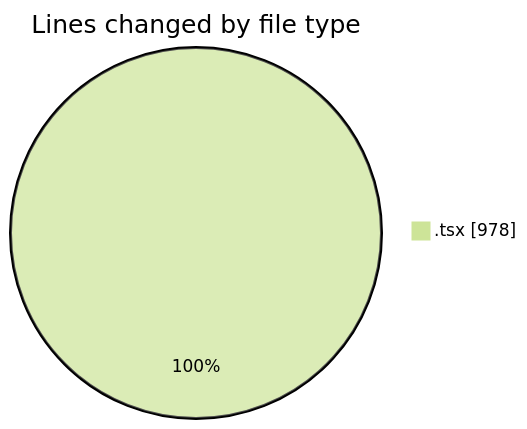
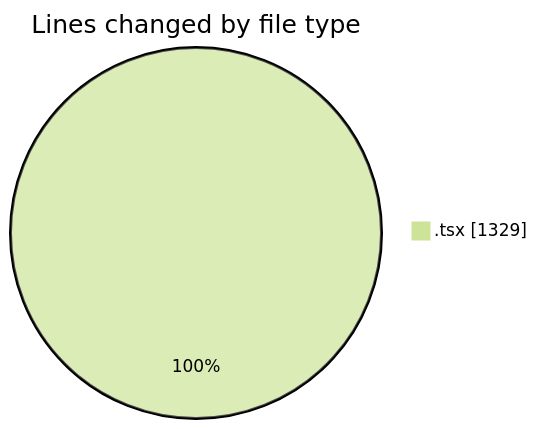
One commit to Elitesun/code-tracking changed the first of 2 diagrams in 2025-05-03/niten/README.md. Above: the diagram before and after it, drawn with Mermaid (forest theme). The commit also changed other lines of this file and 1 other file, not shown here.

````diff
--- a/2025-05-03/niten/README.md
+++ b/2025-05-03/niten/README.md
@@ -23,5 +23,5 @@
 ```mermaid
 pie showData
 title Lines changed by file type
-".tsx" : 978
+".tsx" : 1329
 ```
````
